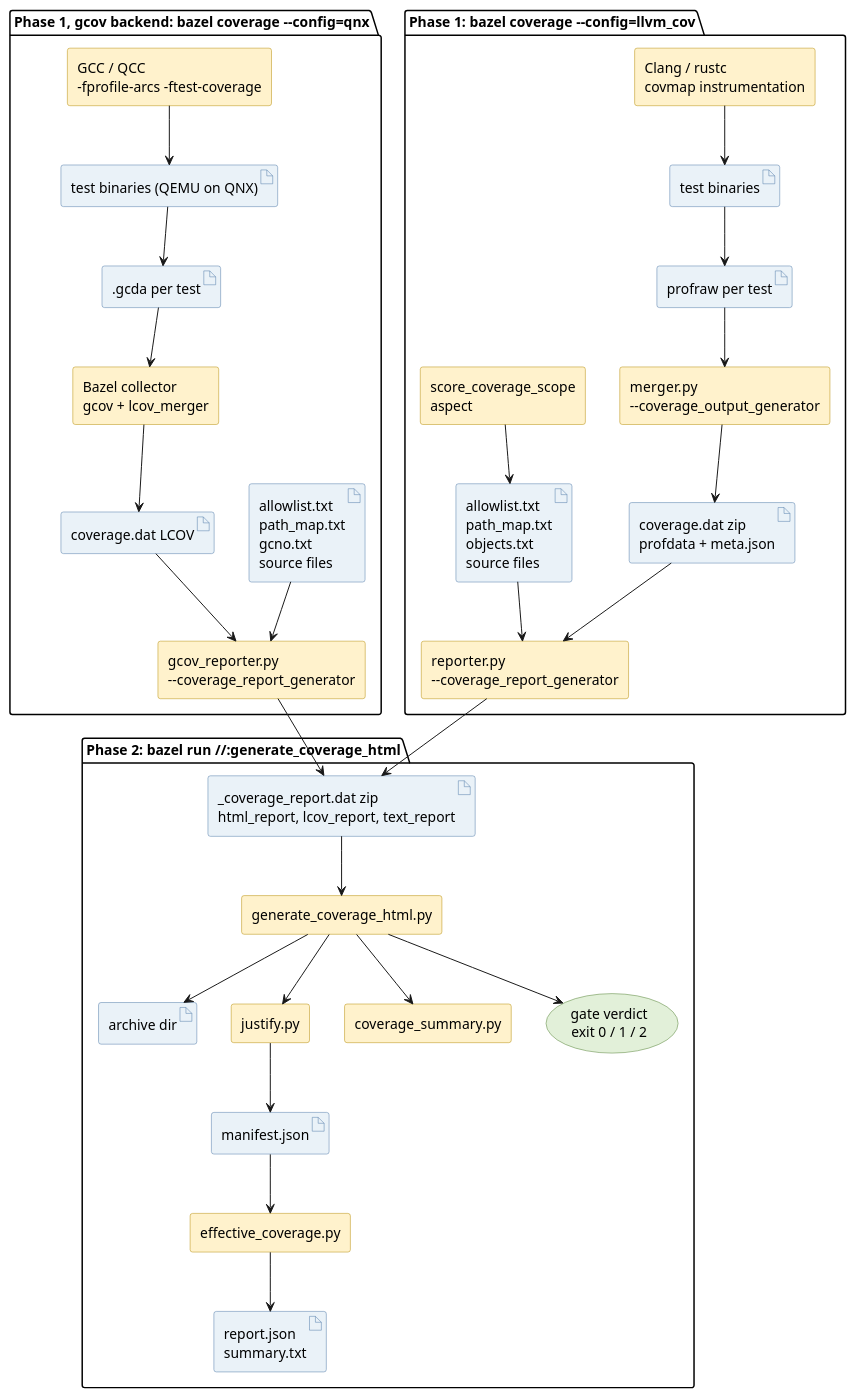
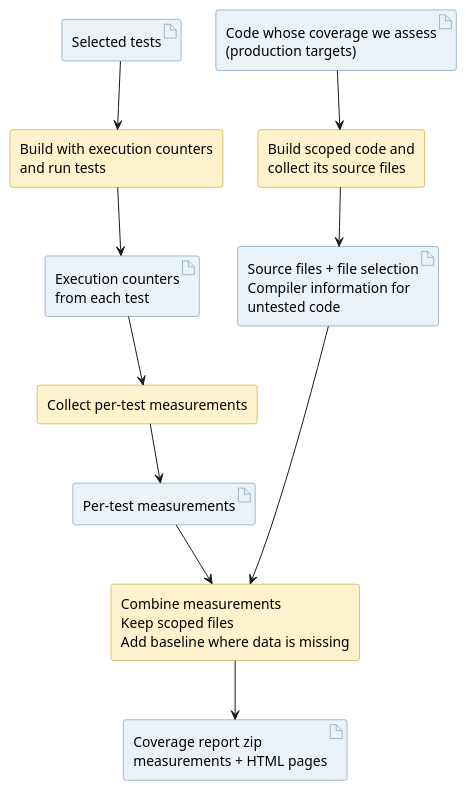
One commit to bgsw-contrib/score_coverage_tool changed the second of 3 diagrams in docs/architecture/index.rst. Above: the diagram before and after it, drawn with PlantUML. The commit also changed other lines of this file and 1 other file, not shown here.

Commit message:
docs: clarify coverage architecture for readers (#18)

```diff
--- a/docs/architecture/index.rst
+++ b/docs/architecture/index.rst
@@ -38,68 +142,37 @@
 .. uml::
 
    @startuml
+   top to bottom direction
    skinparam componentStyle rectangle
    skinparam artifactBackgroundColor #EAF2F8
    skinparam artifactBorderColor #4E79A7
    skinparam componentBackgroundColor #FFF2CC
    skinparam componentBorderColor #B58B00
-   skinparam usecaseBackgroundColor #E2F0D9
-   skinparam usecaseBorderColor #548235
-   package "Phase 1: bazel coverage --config=llvm_cov" {
-     artifact "test binaries" as llvm_bins
-     artifact "profraw per test" as llvm_profraw
-     artifact "coverage.dat zip\nprofdata + meta.json" as llvm_test_zip
-     artifact "allowlist.txt\npath_map.txt\nobjects.txt\nsource files" as llvm_scope_files
-     component "Clang / rustc\ncovmap instrumentation" as llvm_instrumentation
-     component "merger.py\n--coverage_output_generator" as llvm_merger
-     component "score_coverage_scope\naspect" as llvm_scope
-     component "reporter.py\n--coverage_report_generator" as llvm_reporter
 
-     llvm_instrumentation --> llvm_bins
-     llvm_bins --> llvm_profraw
-     llvm_profraw --> llvm_merger
-     llvm_merger --> llvm_test_zip
-     llvm_scope --> llvm_scope_files
-     llvm_test_zip --> llvm_reporter
-     llvm_scope_files --> llvm_reporter
+   together {
+     artifact "Selected tests" as tests
+     artifact "Code whose coverage we assess\n(production targets)" as scope
    }
+   tests -[hidden]right-> scope
 
-   package "Phase 1, gcov backend: bazel coverage --config=qnx" {
-     artifact "test binaries (QEMU on QNX)" as gcov_bins
-     artifact ".gcda per test" as gcda
-     artifact "coverage.dat LCOV" as gcov_lcov
-     artifact "allowlist.txt\npath_map.txt\ngcno.txt\nsource files" as gcov_scope_files
-     component "GCC / QCC\n-fprofile-arcs -ftest-coverage" as gcov_instrumentation
-     component "Bazel collector\ngcov + lcov_merger" as gcov_collector
-     component "gcov_reporter.py\n--coverage_report_generator" as gcov_reporter
+   component "Build with execution counters\nand run tests" as run_tests
+   artifact "Execution counters\nfrom each test" as counters
+   component "Collect per-test measurements" as collect
+   artifact "Per-test measurements" as measurements
 
-     gcov_instrumentation --> gcov_bins
-     gcov_bins --> gcda
-     gcda --> gcov_collector
-     gcov_collector --> gcov_lcov
-     gcov_lcov --> gcov_reporter
-     gcov_scope_files --> gcov_reporter
-   }
+   component "Build scoped code and\ncollect its source files" as prepare
+   artifact "Source files + file selection\nCompiler information for\nuntested code" as baseline
 
-   package "Phase 2: bazel run //:generate_coverage_html" {
-     artifact "_coverage_report.dat zip\nhtml_report, lcov_report, text_report" as report_zip
-     artifact "manifest.json" as manifest
-     artifact "report.json\nsummary.txt" as effective_report
-     artifact "archive dir" as archive_dir
-     component "generate_coverage_html.py" as generate_coverage_html
-     component "justify.py" as justify
-     component "effective_coverage.py" as effective_coverage
-     component "coverage_summary.py" as coverage_summary
+   component "Combine measurements\nKeep scoped files\nAdd baseline where data is missing" as merge
+   artifact "Coverage report zip\nmeasurements + HTML pages" as report
 
-     report_zip --> generate_coverage_html
-     generate_coverage_html --> justify
-     justify --> manifest
-     manifest --> effective_coverage
-     effective_coverage --> effective_report
-     generate_coverage_html --> coverage_summary
-     generate_coverage_html --> (gate verdict\nexit 0 / 1 / 2)
-     generate_coverage_html --> archive_dir
-   }
-   llvm_reporter --> report_zip
-   gcov_reporter --> report_zip
+   tests --> run_tests
+   run_tests --> counters
+   counters --> collect
+   collect --> measurements
+   scope --> prepare
+   prepare --> baseline
+   measurements --> merge
+   baseline --> merge
+   merge --> report
    @enduml
```
